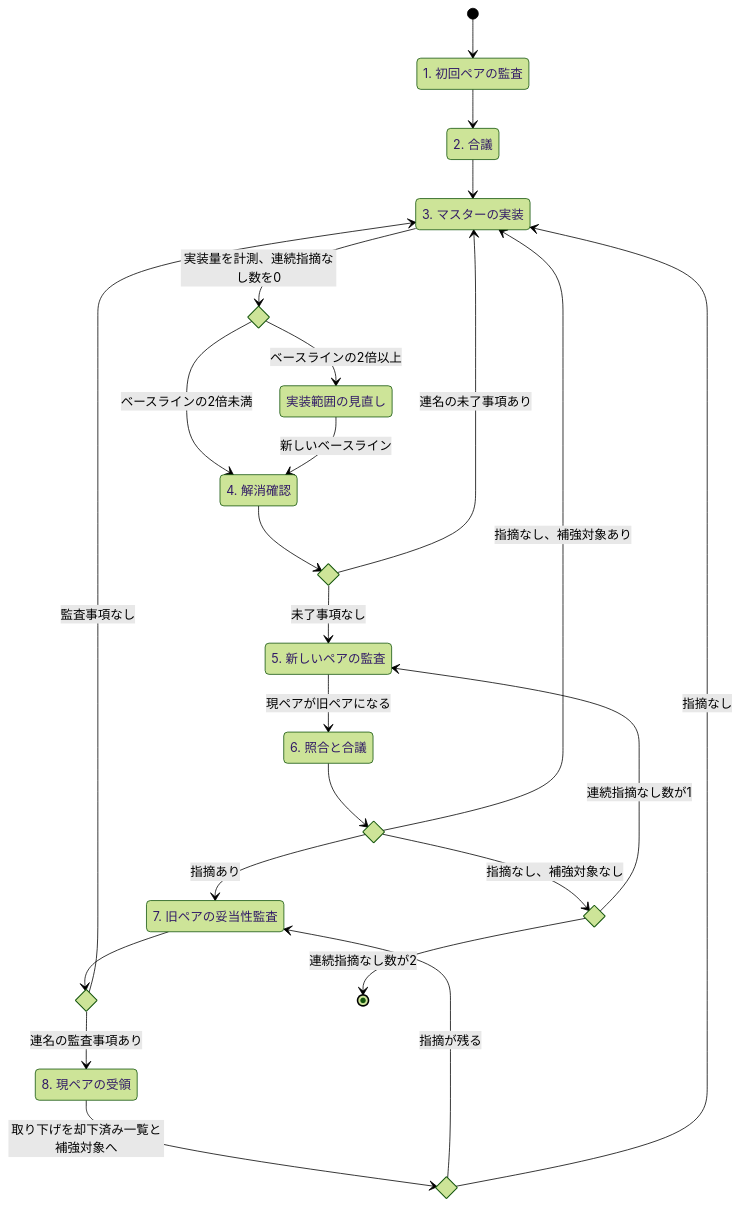
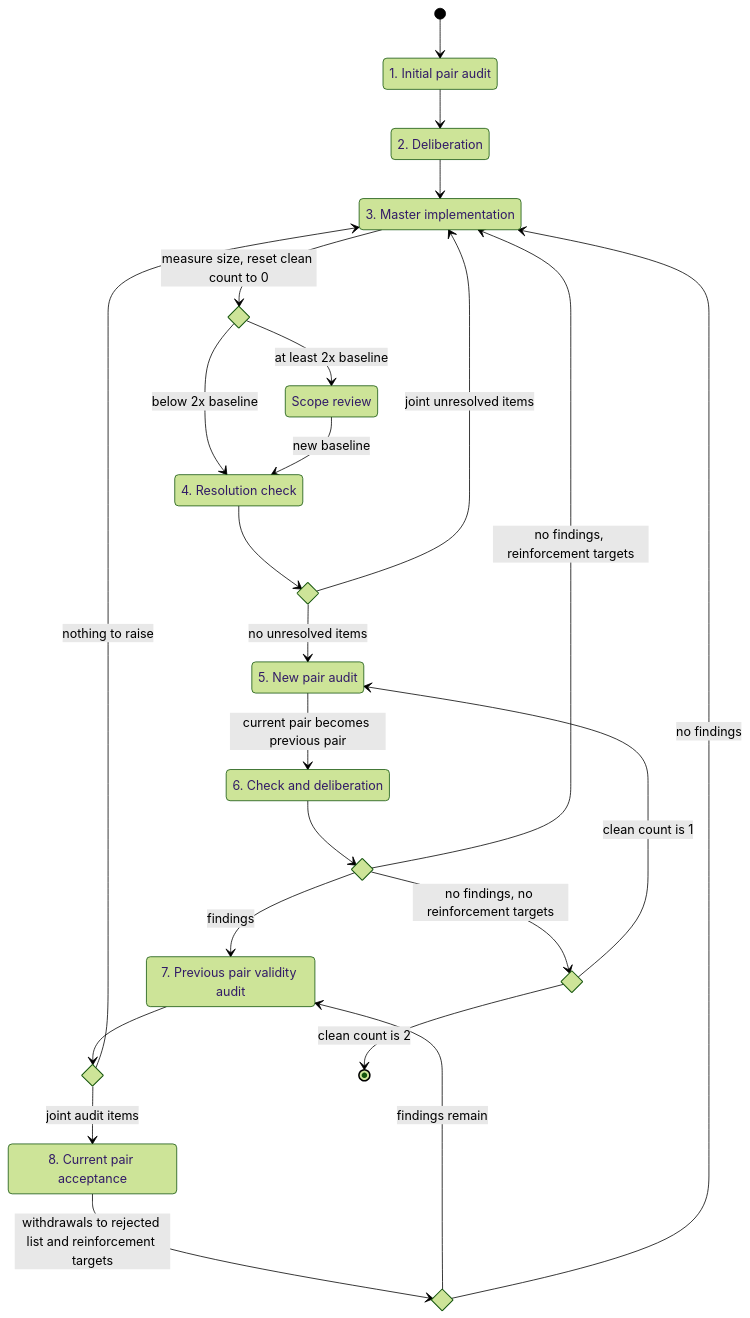
Before and after one commit to u1f992/dotfiles: the diagram in .agents/skills/self-improvement-loop-local/SKILL.md, drawn with Mermaid (forest theme). The commit also changed other lines of this file, not shown here.

````diff
--- a/.agents/skills/self-improvement-loop-local/SKILL.md
+++ b/.agents/skills/self-improvement-loop-local/SKILL.md
@@ -74,42 +74,42 @@
 ```mermaid
 stateDiagram-v2
-    state "1. 初回ペアの監査" as S1
-    state "2. 合議" as S2
-    state "3. マスターの実装" as S3
-    state "4. 解消確認" as S4
-    state "5. 新しいペアの監査" as S5
-    state "6. 照合と合議" as S6
-    state "7. 旧ペアの妥当性監査" as S7
-    state "8. 現ペアの受領" as S8
+    state "1. Initial pair audit" as S1
+    state "2. Deliberation" as S2
+    state "3. Master implementation" as S3
+    state "4. Resolution check" as S4
+    state "5. New pair audit" as S5
+    state "6. Check and deliberation" as S6
+    state "7. Previous pair validity audit" as S7
+    state "8. Current pair acceptance" as S8
     state measure <<choice>>
     state resolved <<choice>>
     state judged <<choice>>
     state streak <<choice>>
     state validity <<choice>>
     state resubmitted <<choice>>
-    state "実装範囲の見直し" as Review
+    state "Scope review" as Review
 
     [*] --> S1
     S1 --> S2
     S2 --> S3
-    S3 --> measure : 実装量を計測、連続指摘なし数を0
-    measure --> Review : ベースラインの2倍以上
-    measure --> S4 : ベースラインの2倍未満
-    Review --> S4 : 新しいベースライン
+    S3 --> measure : measure size, reset clean count to 0
+    measure --> Review : at least 2x baseline
+    measure --> S4 : below 2x baseline
+    Review --> S4 : new baseline
     S4 --> resolved
-    resolved --> S5 : 未了事項なし
-    resolved --> S3 : 連名の未了事項あり
-    S5 --> S6 : 現ペアが旧ペアになる
+    resolved --> S5 : no unresolved items
+    resolved --> S3 : joint unresolved items
+    S5 --> S6 : current pair becomes previous pair
     S6 --> judged
-    judged --> S7 : 指摘あり
-    judged --> S3 : 指摘なし、補強対象あり
-    judged --> streak : 指摘なし、補強対象なし
-    streak --> S5 : 連続指摘なし数が1
-    streak --> [*] : 連続指摘なし数が2
+    judged --> S7 : findings
+    judged --> S3 : no findings, reinforcement targets
+    judged --> streak : no findings, no reinforcement targets
+    streak --> S5 : clean count is 1
+    streak --> [*] : clean count is 2
     S7 --> validity
-    validity --> S3 : 監査事項なし
-    validity --> S8 : 連名の監査事項あり
-    S8 --> resubmitted : 取り下げを却下済み一覧と補強対象へ
-    resubmitted --> S7 : 指摘が残る
-    resubmitted --> S3 : 指摘なし
+    validity --> S3 : nothing to raise
+    validity --> S8 : joint audit items
+    S8 --> resubmitted : withdrawals to rejected list and reinforcement targets
+    resubmitted --> S7 : findings remain
+    resubmitted --> S3 : no findings
 ```
````
